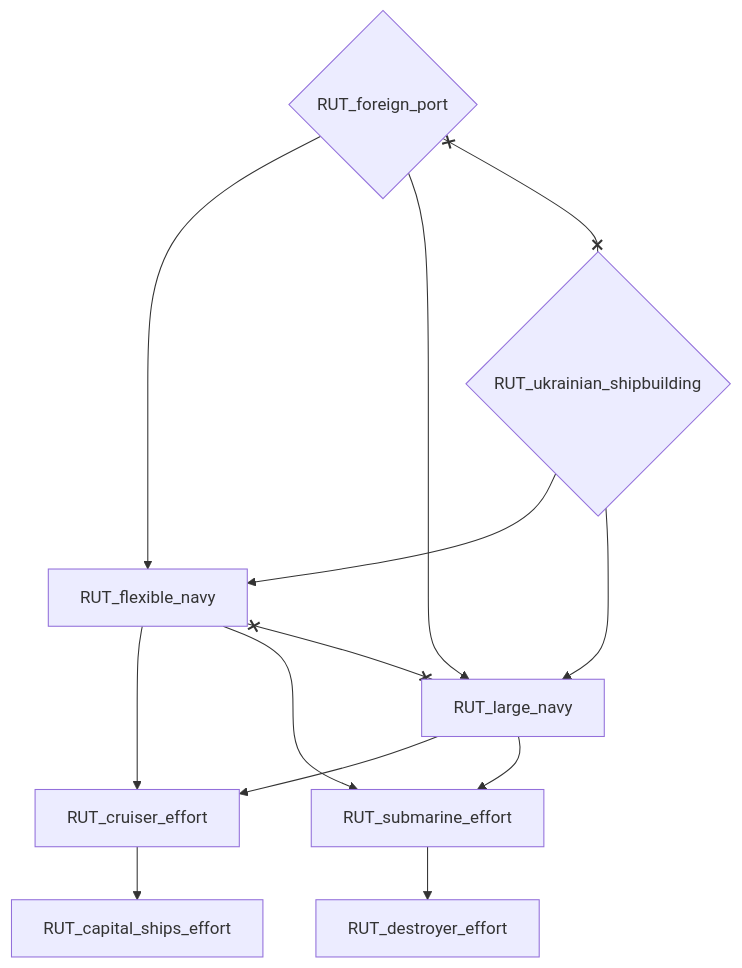
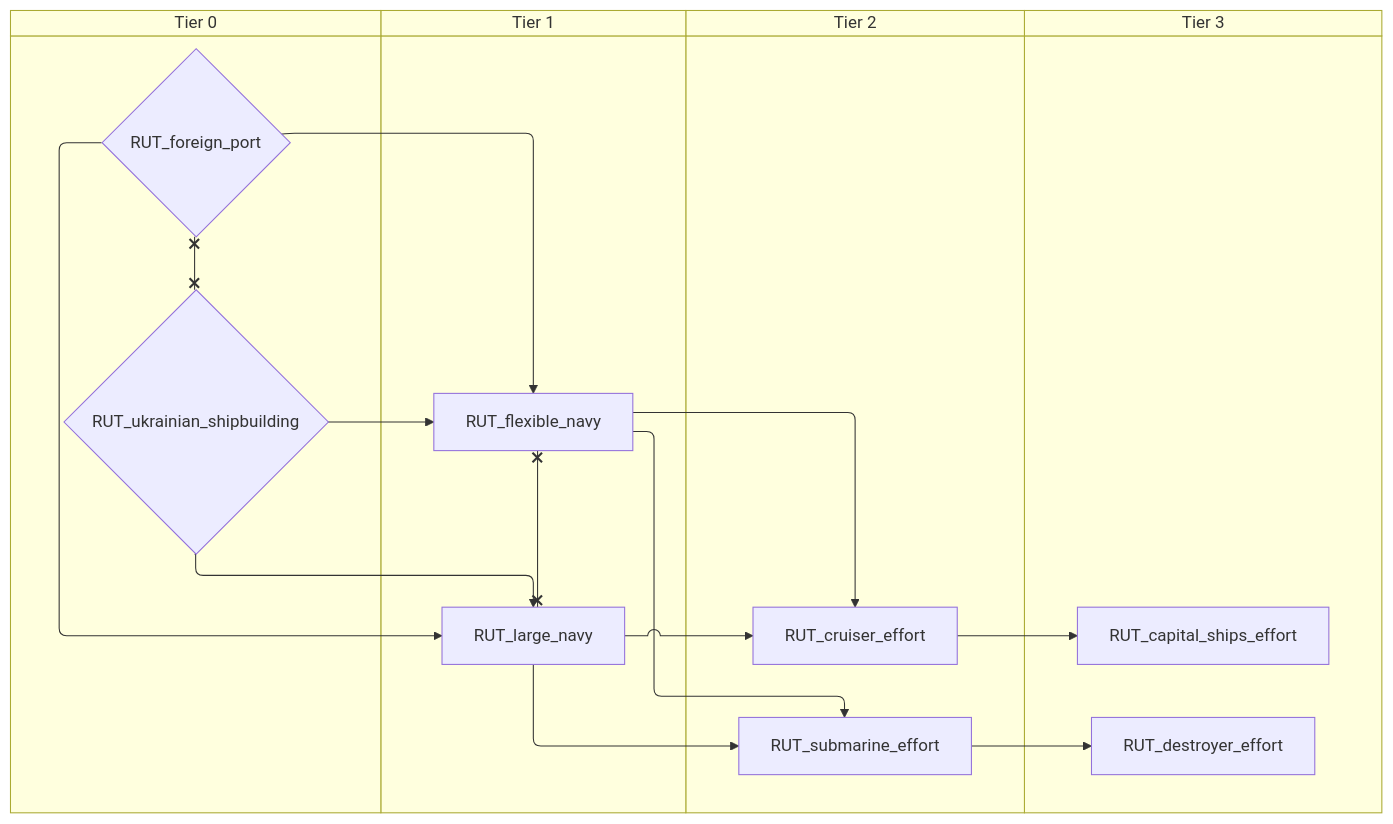
One commit to evgeny-sobol/hoi4-sandbox-mode-r56 changed the fifth of 8 diagrams in docs/gdd/National Focuses/r56/ruthenia.md. Above: the diagram before and after it, drawn with Mermaid. The commit also changed other lines of this file and 423 other files, not shown here.

First line of the commit message:
Re-export Rt56 focus trees as swimlane diagrams

````diff
--- a/docs/gdd/National Focuses/r56/ruthenia.md
+++ b/docs/gdd/National Focuses/r56/ruthenia.md
@@ -308,23 +356,31 @@
 ```mermaid
-flowchart TD
-    n80["RUT_capital_ships_effort"]
-    n81["RUT_cruiser_effort"]
-    n82["RUT_destroyer_effort"]
-    n83["RUT_flexible_navy"]
-    n84{"RUT_foreign_port"}
-    n85["RUT_large_navy"]
-    n86["RUT_submarine_effort"]
-    n87{"RUT_ukrainian_shipbuilding"}
-    n81 --> n80
-    n85 --> n81
-    n83 --> n81
-    n86 --> n82
-    n84 --> n83
-    n87 --> n83
-    n84 --> n85
-    n87 --> n85
-    n83 --> n86
-    n85 --> n86
-    n83 x--x n85
-    n84 x--x n87
+swimlane-beta TD
+    subgraph tier_0["Tier 0"]
+        n80{"RUT_foreign_port"}
+        n81{"RUT_ukrainian_shipbuilding"}
+    end
+    subgraph tier_1["Tier 1"]
+        n82["RUT_flexible_navy"]
+        n83["RUT_large_navy"]
+    end
+    subgraph tier_2["Tier 2"]
+        n84["RUT_cruiser_effort"]
+        n85["RUT_submarine_effort"]
+    end
+    subgraph tier_3["Tier 3"]
+        n86["RUT_capital_ships_effort"]
+        n87["RUT_destroyer_effort"]
+    end
+    n84 --> n86
+    n83 --> n84
+    n82 --> n84
+    n85 --> n87
+    n80 --> n82
+    n81 --> n82
+    n80 --> n83
+    n81 --> n83
+    n82 --> n85
+    n83 --> n85
+    n82 x--x n83
+    n80 x--x n81
 ```
````
